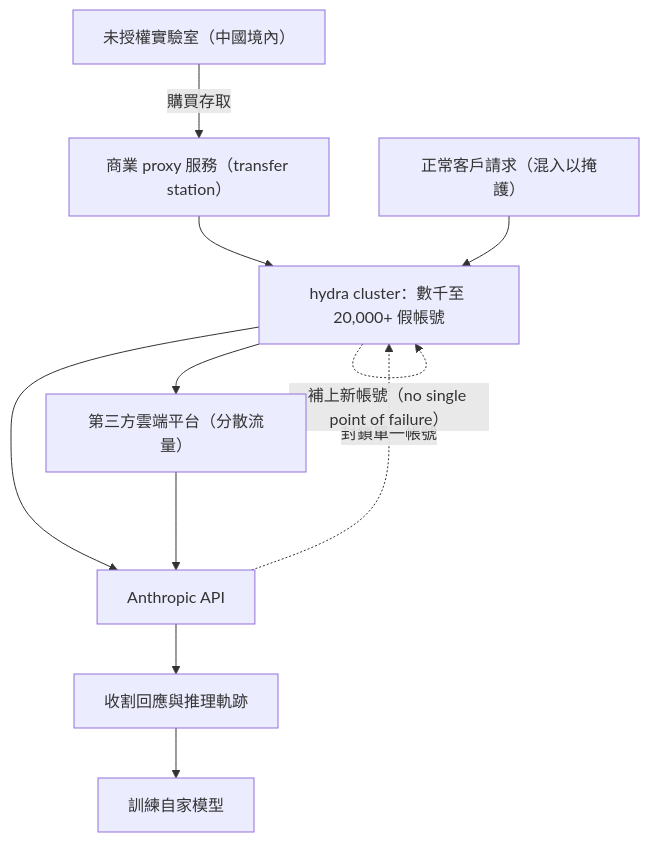
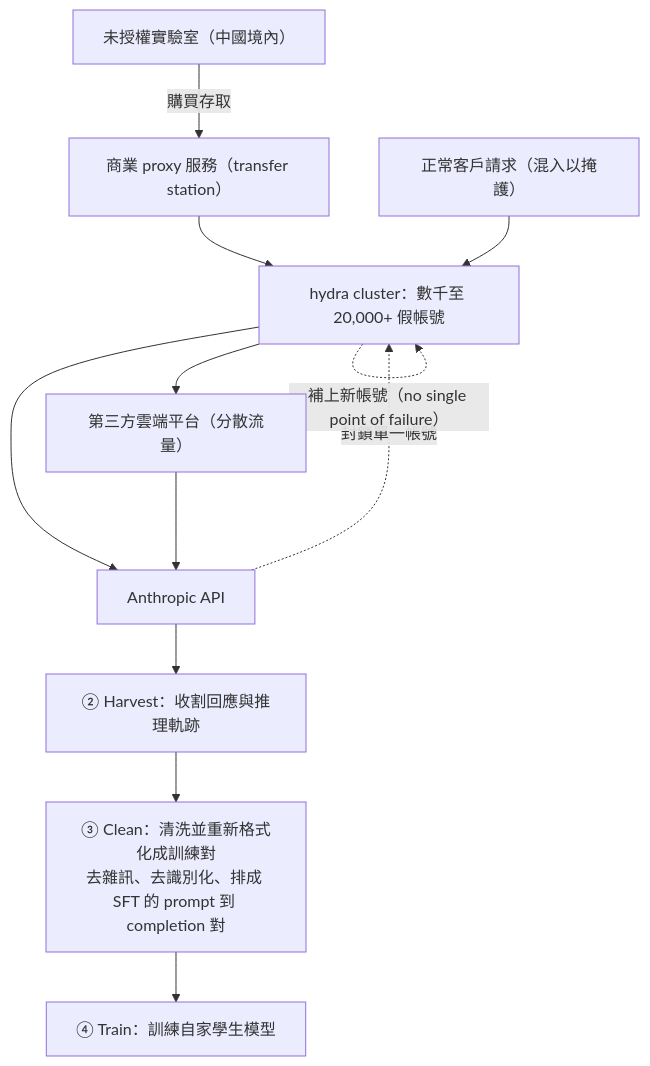
One commit to jack51706/ai-misuse-threat-intel-course changed the second of 4 diagrams in course/09-external-research/anthropic-2026-02-distillation-disclosure.md. Above: the diagram before and after it, drawn with Mermaid. The commit also changed other lines of this file and 18 other files, not shown here.

First line of the commit message:
docs(course): 全課稽核深化 — 13 案例補齊被壓成一句話的機制，並修一處圖表判讀

````diff
--- a/course/09-external-research/anthropic-2026-02-distillation-disclosure.md
+++ b/course/09-external-research/anthropic-2026-02-distillation-disclosure.md
@@ -110,22 +110,24 @@
 ```mermaid
 flowchart TD
     LAB["未授權實驗室（中國境內）"]
     PROXY["商業 proxy 服務（transfer station）"]
     HYDRA["hydra cluster：數千至 20,000+ 假帳號"]
     CLOUD["第三方雲端平台（分散流量）"]
     API["Anthropic API"]
     NOISE["正常客戶請求（混入以掩護）"]
-    HARVEST["收割回應與推理軌跡"]
-    TRAIN["訓練自家模型"]
+    HARVEST["② Harvest：收割回應與推理軌跡"]
+    CLEAN["③ Clean：清洗並重新格式化成訓練對<br/>去雜訊、去識別化、排成 SFT 的 prompt 到 completion 對"]
+    TRAIN["④ Train：訓練自家學生模型"]
 
     LAB -->|購買存取| PROXY
     PROXY --> HYDRA
     HYDRA --> CLOUD
     HYDRA --> API
     CLOUD --> API
     NOISE --> HYDRA
     API --> HARVEST
-    HARVEST --> TRAIN
+    HARVEST --> CLEAN
+    CLEAN --> TRAIN
     API -.->|封鎖單一帳號| HYDRA
     HYDRA -.->|"補上新帳號（no single point of failure）"| HYDRA
 ```
````
